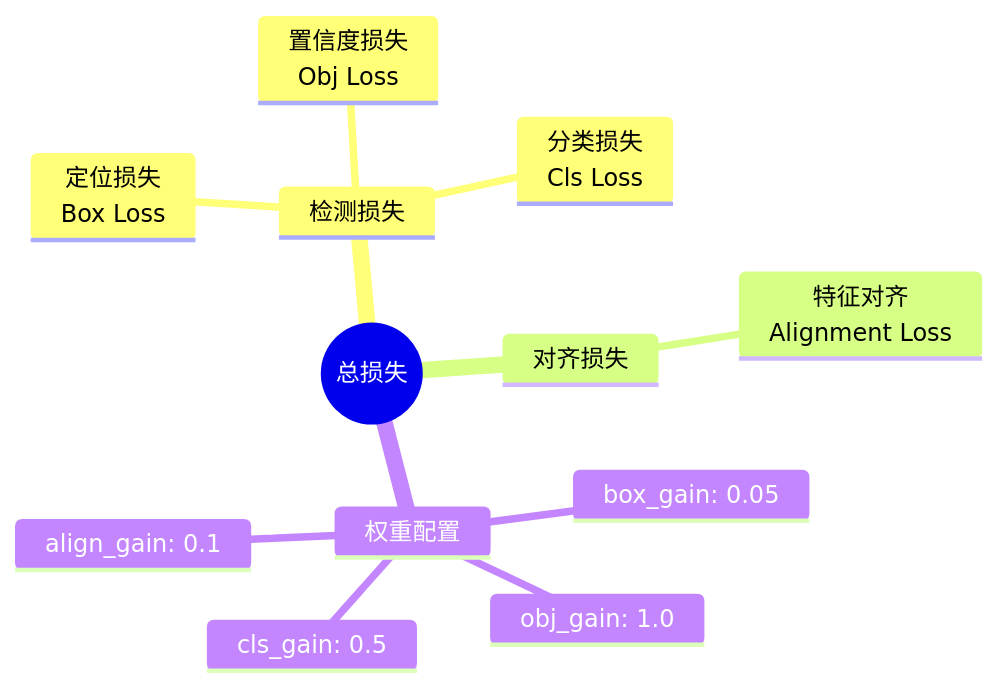
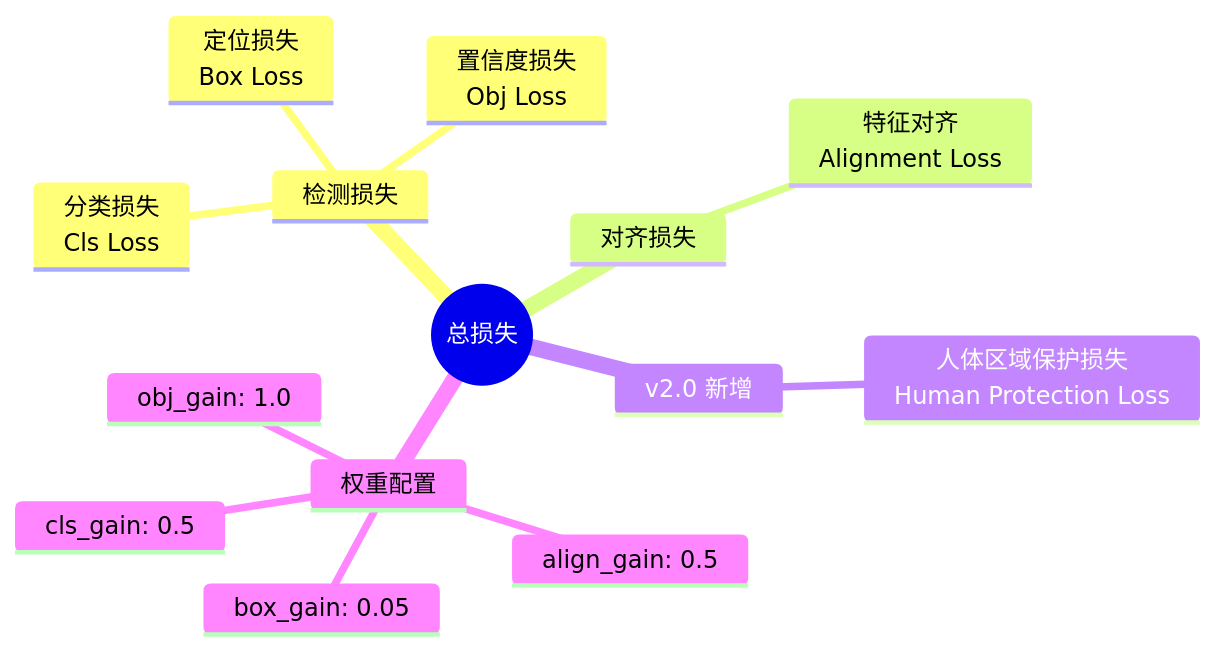
One commit to moonway0127/yolo_low_light_enhance changed the ninth of 14 diagrams in README.md. Above: the diagram before and after it, drawn with Mermaid. The commit also changed other lines of this file and 1 other file, not shown here.

````diff
--- a/README.md
+++ b/README.md
@@ -187,15 +336,17 @@
 ```mermaid
 mindmap
   root((总损失))
     检测损失
       定位损失<br/>Box Loss
       置信度损失<br/>Obj Loss
       分类损失<br/>Cls Loss
     对齐损失
       特征对齐<br/>Alignment Loss
+    v2.0 新增
+      人体区域保护损失<br/>Human Protection Loss
     权重配置
       box_gain: 0.05
       obj_gain: 1.0
       cls_gain: 0.5
-      align_gain: 0.1
+      align_gain: 0.5
 ```
````
